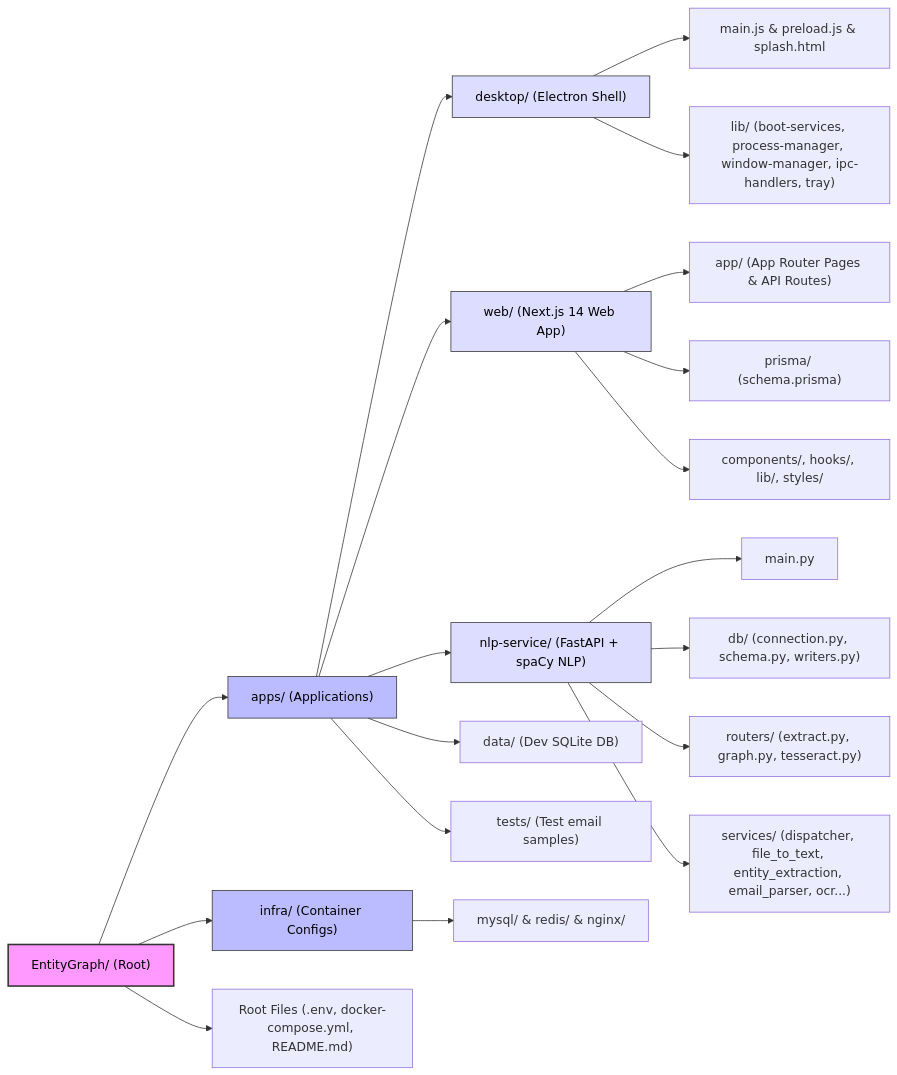
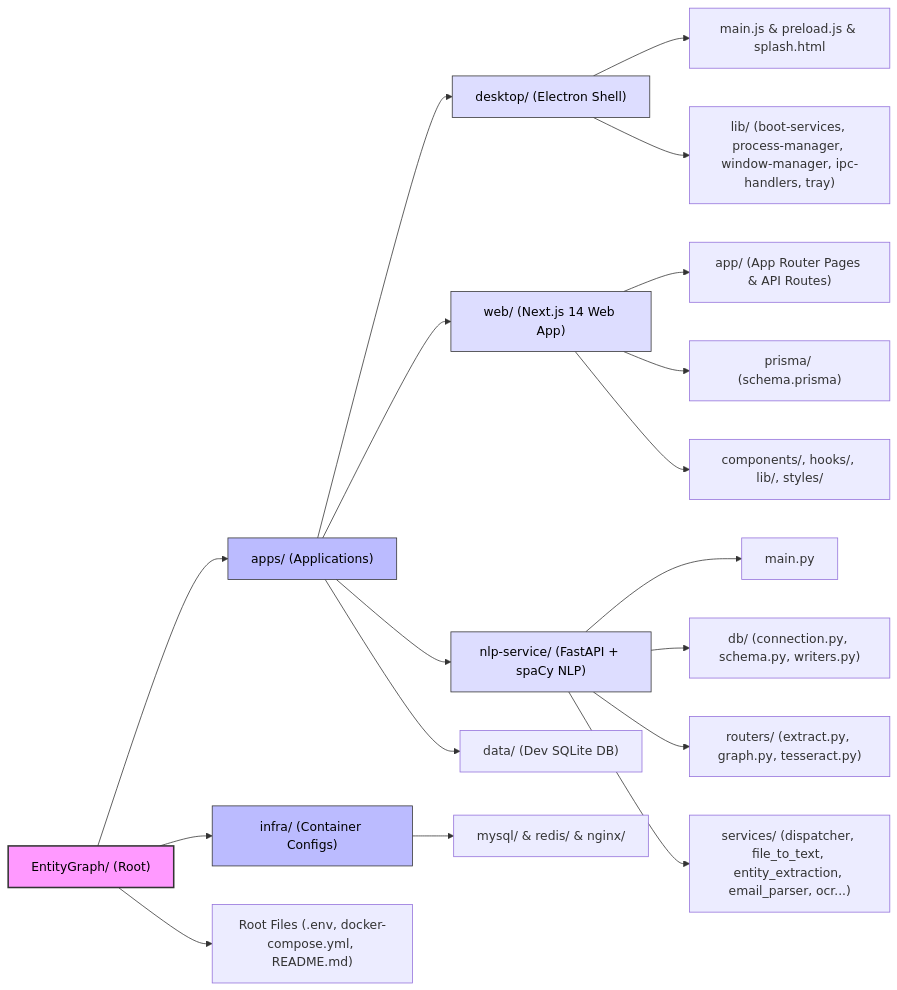
The second of 5 diagrams in wiki/9_Project_Architecture.md (therealmaxence/Hackmanite), drawn with Mermaid before and after one commit.

Commit message:
docs(wiki): remove tests/ from directory structure diagram

````diff
--- a/wiki/9_Project_Architecture.md
+++ b/wiki/9_Project_Architecture.md
@@ -92,33 +92,32 @@
 ```mermaid
 graph LR
     Root["EntityGraph/ (Root)"] --> Apps["apps/ (Applications)"]
     Root --> Infra["infra/ (Container Configs)"]
     Root --> RootFiles["Root Files (.env, docker-compose.yml, README.md)"]
 
     Apps --> Desktop["desktop/ (Electron Shell)"]
     Apps --> Web["web/ (Next.js 14 Web App)"]
     Apps --> NLP["nlp-service/ (FastAPI + spaCy NLP)"]
     Apps --> DevData["data/ (Dev SQLite DB)"]
-    Apps --> Tests["tests/ (Test email samples)"]
 
     Desktop --> DMain["main.js & preload.js & splash.html"]
     Desktop --> DLib["lib/ (boot-services, process-manager, window-manager, ipc-handlers, tray)"]
 
     Web --> WApp["app/ (App Router Pages & API Routes)"]
     Web --> WPrisma["prisma/ (schema.prisma)"]
     Web --> WComp["components/, hooks/, lib/, styles/"]
 
     NLP --> NMain["main.py"]
     NLP --> NDb["db/ (connection.py, schema.py, writers.py)"]
     NLP --> NRoutes["routers/ (extract.py, graph.py, tesseract.py)"]
     NLP --> NSvc["services/ (dispatcher, file_to_text, entity_extraction, email_parser, ocr...)"]
 
     Infra --> IDb["mysql/ & redis/ & nginx/"]
 
     style Root fill:#f9f,stroke:#333,stroke-width:2px,color:#000
     style Apps fill:#bbf,stroke:#333,stroke-width:1px,color:#000
     style Infra fill:#bbf,stroke:#333,stroke-width:1px,color:#000
     style Desktop fill:#ddf,stroke:#333,stroke-width:1px,color:#000
     style Web fill:#ddf,stroke:#333,stroke-width:1px,color:#000
     style NLP fill:#ddf,stroke:#333,stroke-width:1px,color:#000
 ```
````
